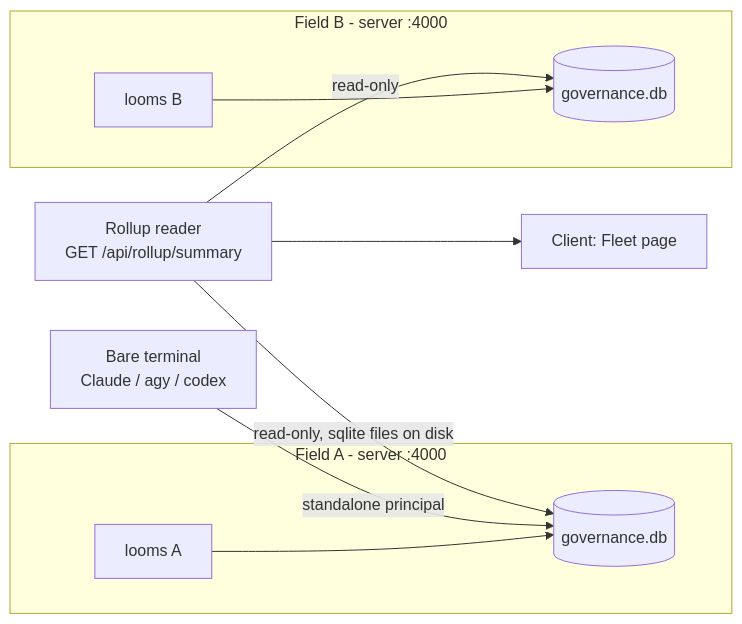
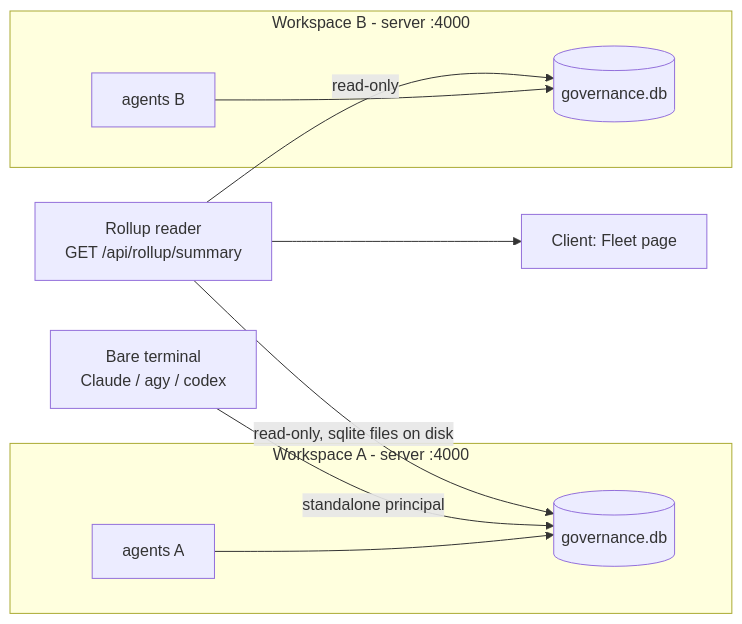
The diagram in docs/design/cross-field-and-standalone.md (ejbrahms/Windrow), drawn with Mermaid before and after one commit. The commit also changed other lines of this file and 39 other files, not shown here.

````diff
--- a/docs/design/cross-field-and-standalone.md
+++ b/docs/design/cross-field-and-standalone.md
@@ -19,13 +19,13 @@
 ```mermaid
 flowchart LR
-  subgraph FieldA[Field A - server :4000]
-    LA[looms A] --> DBA[(governance.db)]
+  subgraph FieldA[Workspace A - server :4000]
+    LA[agents A] --> DBA[(governance.db)]
   end
-  subgraph FieldB[Field B - server :4000]
-    LB[looms B] --> DBB[(governance.db)]
+  subgraph FieldB[Workspace B - server :4000]
+    LB[agents B] --> DBB[(governance.db)]
   end
   Bare[Bare terminal\nClaude / agy / codex] -->|standalone principal| DBA
   Rollup[Rollup reader\nGET /api/rollup/summary] -->|read-only, sqlite files on disk| DBA
   Rollup -->|read-only| DBB
   Rollup --> FleetPage[Client: Fleet page]
 ```
````
